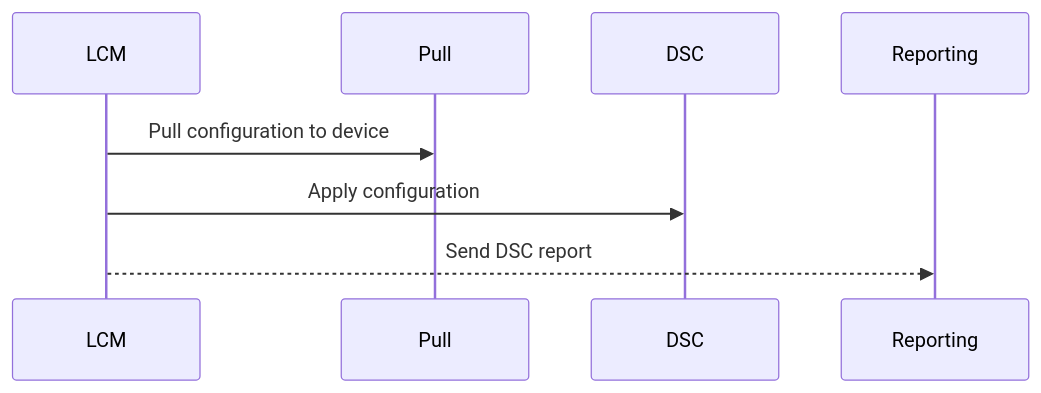
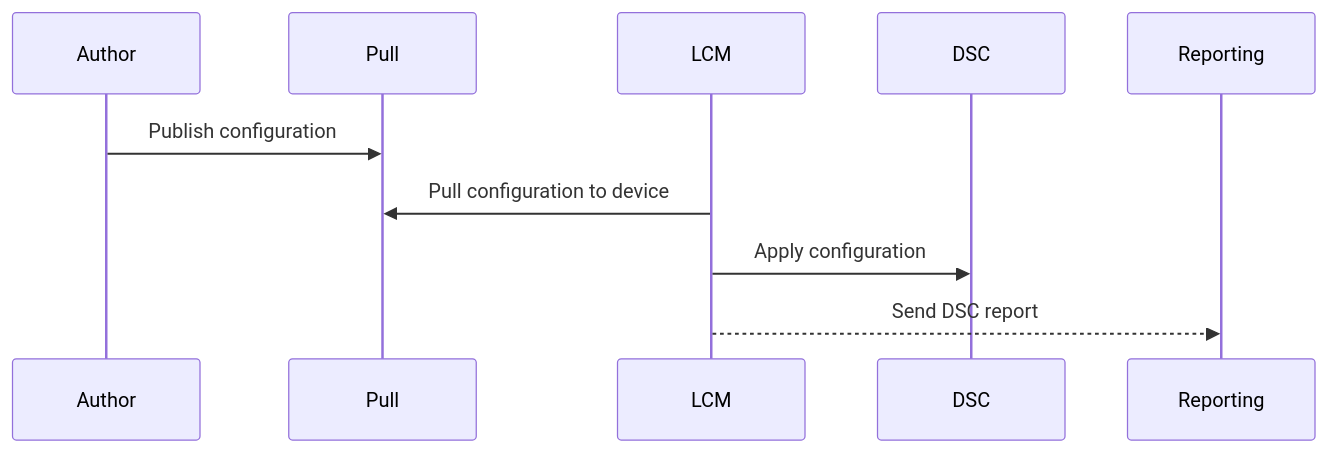
One commit to opendsc/opendsc changed the second of 2 diagrams in README.md. Above: the diagram before and after it, drawn with Mermaid. The commit also changed other lines of this file, not shown here.

Commit message:
Update diagram

````diff
--- a/README.md
+++ b/README.md
@@ -32,6 +32,7 @@
 ```mermaid
 sequenceDiagram
+    Author->>Pull: Publish configuration
     LCM->>Pull: Pull configuration to device
     LCM->>DSC: Apply configuration
     LCM-->>Reporting: Send DSC report
 ```
````
